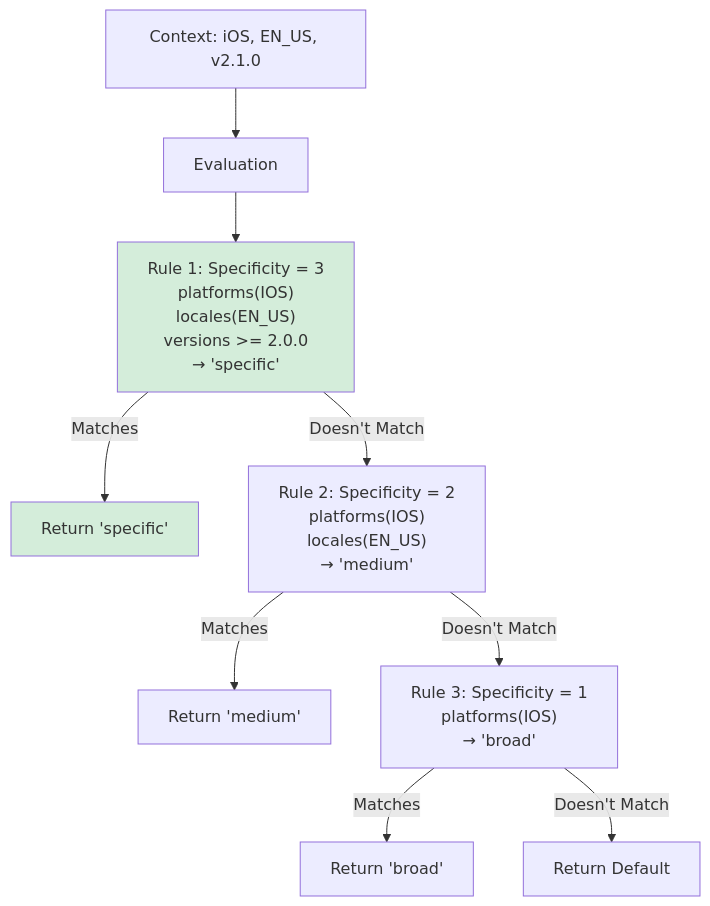
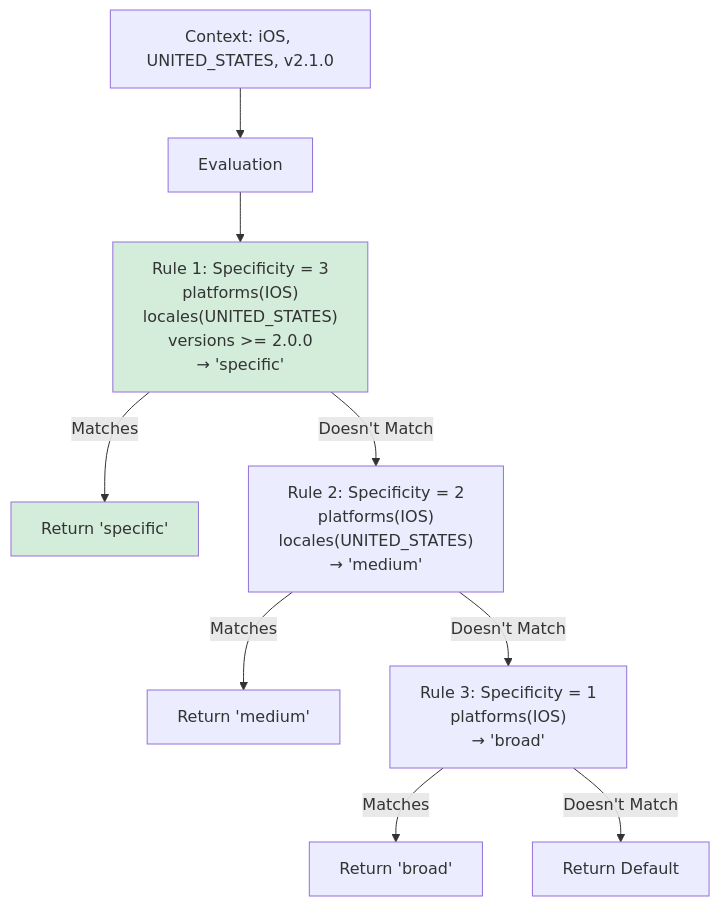
Before and after one commit to amichne/konditional: the second of 2 diagrams in docs/Evaluation.md, drawn with Mermaid. The commit also changed other lines of this file and 33 other files, not shown here.

````diff
--- a/docs/Evaluation.md
+++ b/docs/Evaluation.md
@@ -368,21 +368,21 @@
 ```mermaid
 flowchart TD
-    Context[Context: iOS, EN_US, v2.1.0] --> Eval[Evaluation]
+    Context[Context: iOS, UNITED_STATES, v2.1.0] --> Eval[Evaluation]
 
-    Eval --> Rule1["Rule 1: Specificity = 3<br/>platforms(IOS)<br/>locales(EN_US)<br/>versions >= 2.0.0<br/>→ 'specific'"]
+    Eval --> Rule1["Rule 1: Specificity = 3<br/>platforms(IOS)<br/>locales(UNITED_STATES)<br/>versions >= 2.0.0<br/>→ 'specific'"]
 
     Rule1 -->|Matches| Return1[Return 'specific']
 
-    Rule1 -->|Doesn't Match| Rule2["Rule 2: Specificity = 2<br/>platforms(IOS)<br/>locales(EN_US)<br/>→ 'medium'"]
+    Rule1 -->|Doesn't Match| Rule2["Rule 2: Specificity = 2<br/>platforms(IOS)<br/>locales(UNITED_STATES)<br/>→ 'medium'"]
 
     Rule2 -->|Matches| Return2[Return 'medium']
 
     Rule2 -->|Doesn't Match| Rule3["Rule 3: Specificity = 1<br/>platforms(IOS)<br/>→ 'broad'"]
 
     Rule3 -->|Matches| Return3[Return 'broad']
 
     Rule3 -->|Doesn't Match| Default[Return Default]
 
     style Rule1 fill:#d4edda
     style Return1 fill:#d4edda
 ```
````
